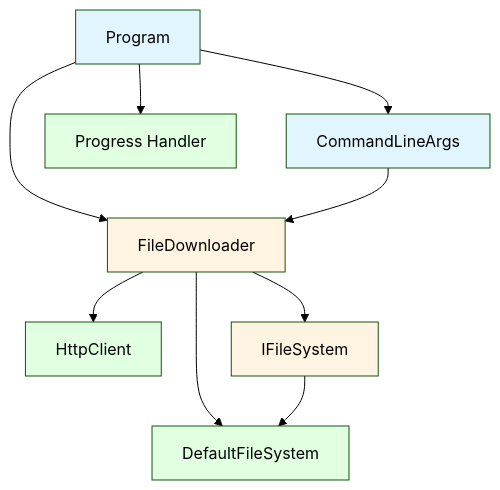
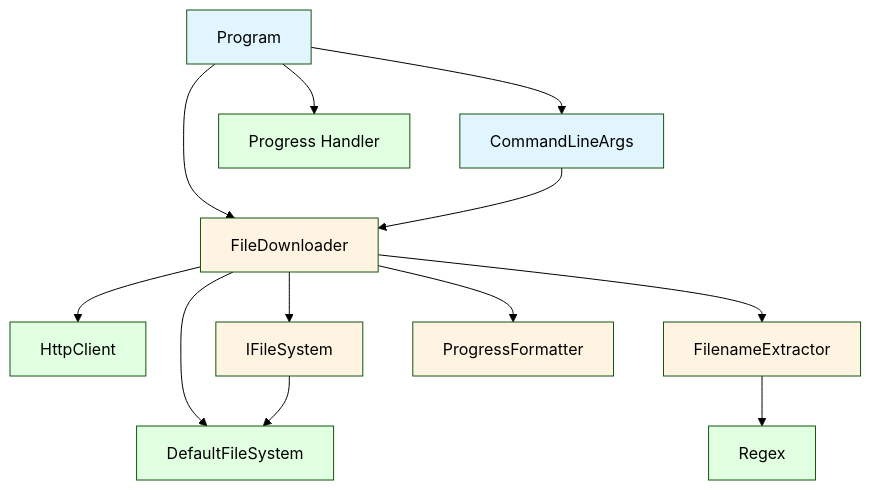
The second of 2 diagrams in docs/ARCHITECTURE.md (patacchi/CivitaiDownloader), drawn with Mermaid (forest theme) before and after one commit. The commit also changed other lines of this file and 9 other files, not shown here.

````diff
--- a/docs/ARCHITECTURE.md
+++ b/docs/ARCHITECTURE.md
@@ -55,22 +59,28 @@
 ```mermaid
 graph TD
     A[Program] --> B[CommandLineArgs]
     A --> C[FileDownloader]
     A --> D[Progress Handler]
     
     B --> C
     
     C --> E[HttpClient]
     C --> F[IFileSystem]
     C --> G[DefaultFileSystem]
+    C --> H[FilenameExtractor]
+    C --> I[ProgressFormatter]
     
     F --> G
+    H --> J[Regex]
     
     style A fill:#e1f5ff
     style B fill:#e1f5ff
     style C fill:#fff4e1
     style D fill:#e1ffe1
     style E fill:#e1ffe1
     style F fill:#fff4e1
     style G fill:#e1ffe1
+    style H fill:#fff4e1
+    style I fill:#fff4e1
+    style J fill:#e1ffe1
 ```
````
